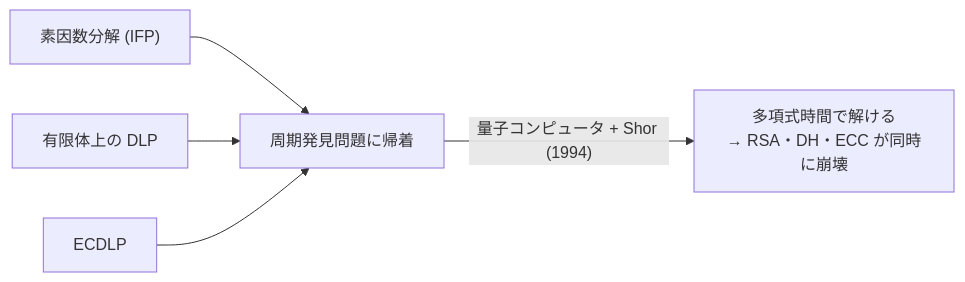
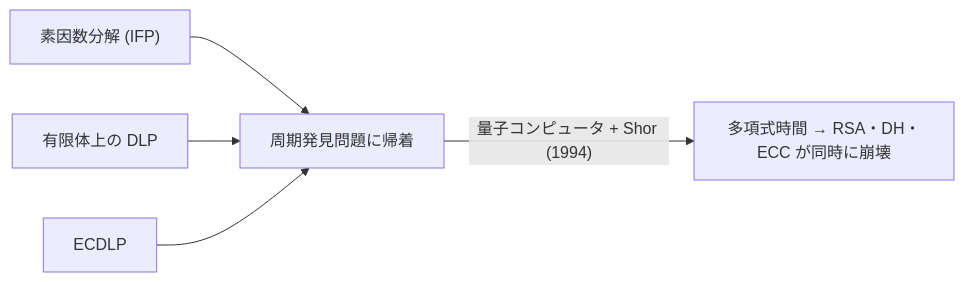
One commit to SomaTomita/sec-prep changed the diagram in topics/01_prerequisites/01_math-for-crypto/03_number-theory/05_hard-problems.md. Above: the diagram before and after it, drawn with Mermaid. The commit also changed other lines of this file and 5 other files, not shown here.

````diff
--- a/topics/01_prerequisites/01_math-for-crypto/03_number-theory/05_hard-problems.md
+++ b/topics/01_prerequisites/01_math-for-crypto/03_number-theory/05_hard-problems.md
@@ -55,7 +55,7 @@
 ```mermaid
 flowchart LR
     IFP["素因数分解 (IFP)"] --> PF["周期発見問題に帰着"]
     DLP["有限体上の DLP"] --> PF
     EC["ECDLP"] --> PF
-    PF -->|"量子コンピュータ + Shor (1994)"| POLY["多項式時間で解ける<br/>→ RSA・DH・ECC が同時に崩壊"]
+    PF -->|"量子コンピュータ + Shor (1994)"| POLY["多項式時間 → RSA・DH・ECC が同時に崩壊"]
 ```
````
